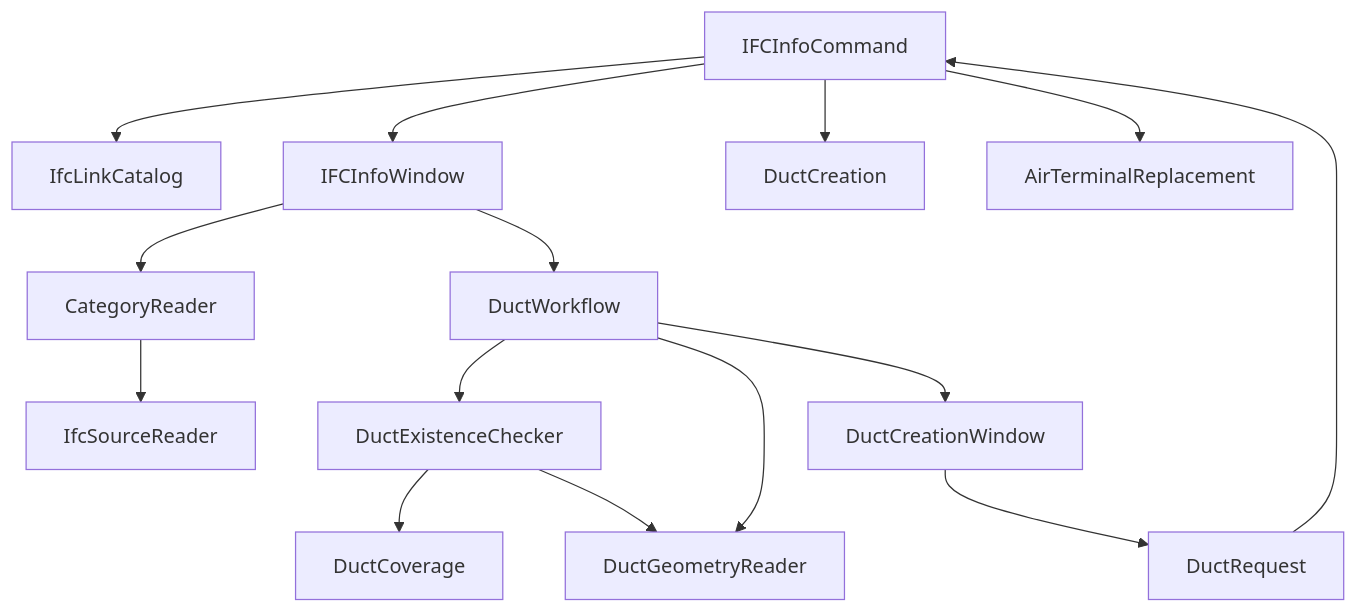
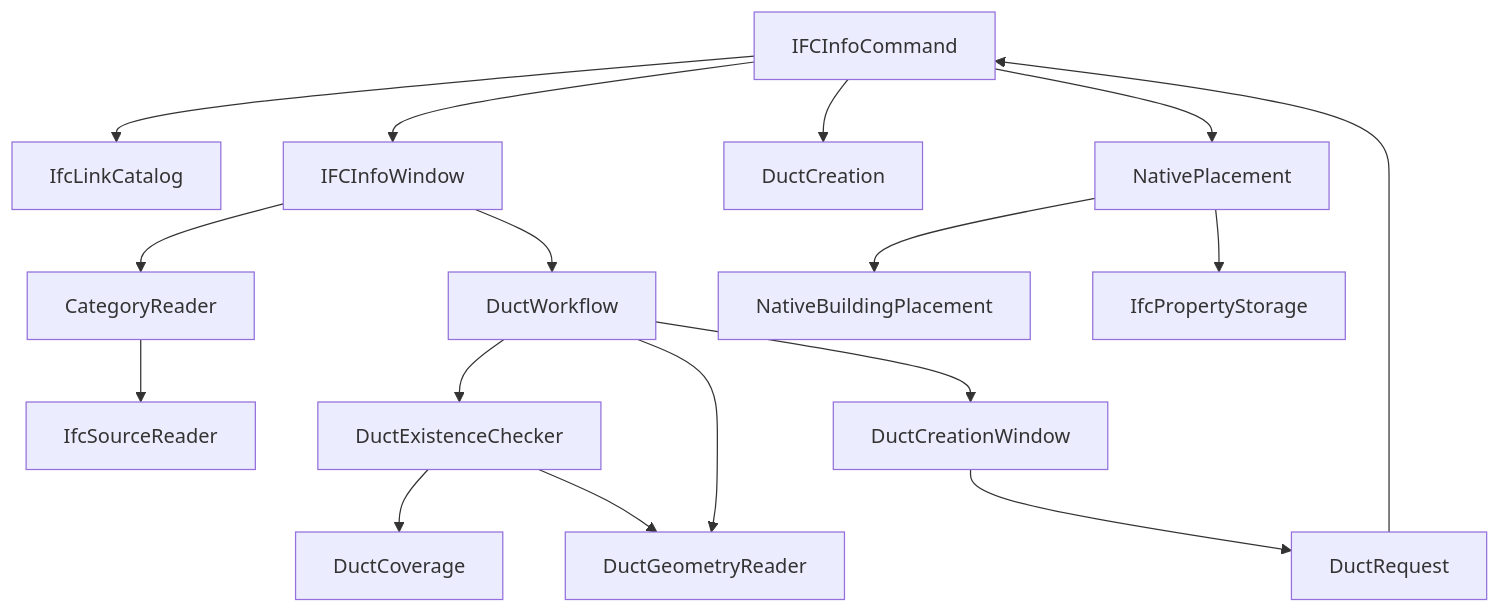
Before and after one commit to DinhHoaLe/MEP_Create_Duct_From_IFC_ver1: the diagram in outputs/CLASS_MAP.md, drawn with Mermaid. The commit also changed other lines of this file and 24 other files, not shown here.

````diff
--- a/outputs/CLASS_MAP.md
+++ b/outputs/CLASS_MAP.md
@@ -56,17 +59,19 @@
 ```mermaid
 flowchart TD
     Command[IFCInfoCommand] --> Links[IfcLinkCatalog]
     Command --> UI[IFCInfoWindow]
     UI --> Category[CategoryReader]
     Category --> IFC[IfcSourceReader]
     UI --> Workflow[DuctWorkflow]
     Workflow --> Exists[DuctExistenceChecker]
     Exists --> Coverage[DuctCoverage]
     Exists --> Geometry[DuctGeometryReader]
     Workflow --> Geometry
     Workflow --> Settings[DuctCreationWindow]
     Settings --> Request[DuctRequest]
     Request --> Command
     Command --> Create[DuctCreation]
-    Command --> Terminal[AirTerminalReplacement]
+    Command --> Native[NativePlacement]
+    Native --> Building[NativeBuildingPlacement]
+    Native --> Properties[IfcPropertyStorage]
 ```
````
